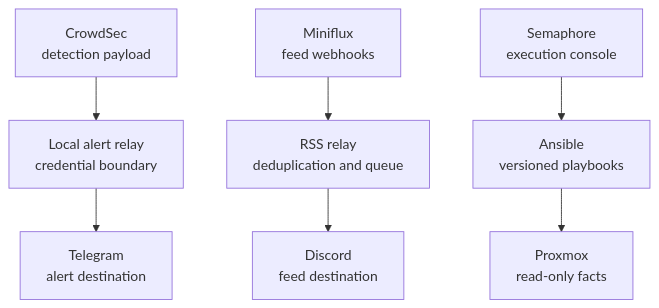
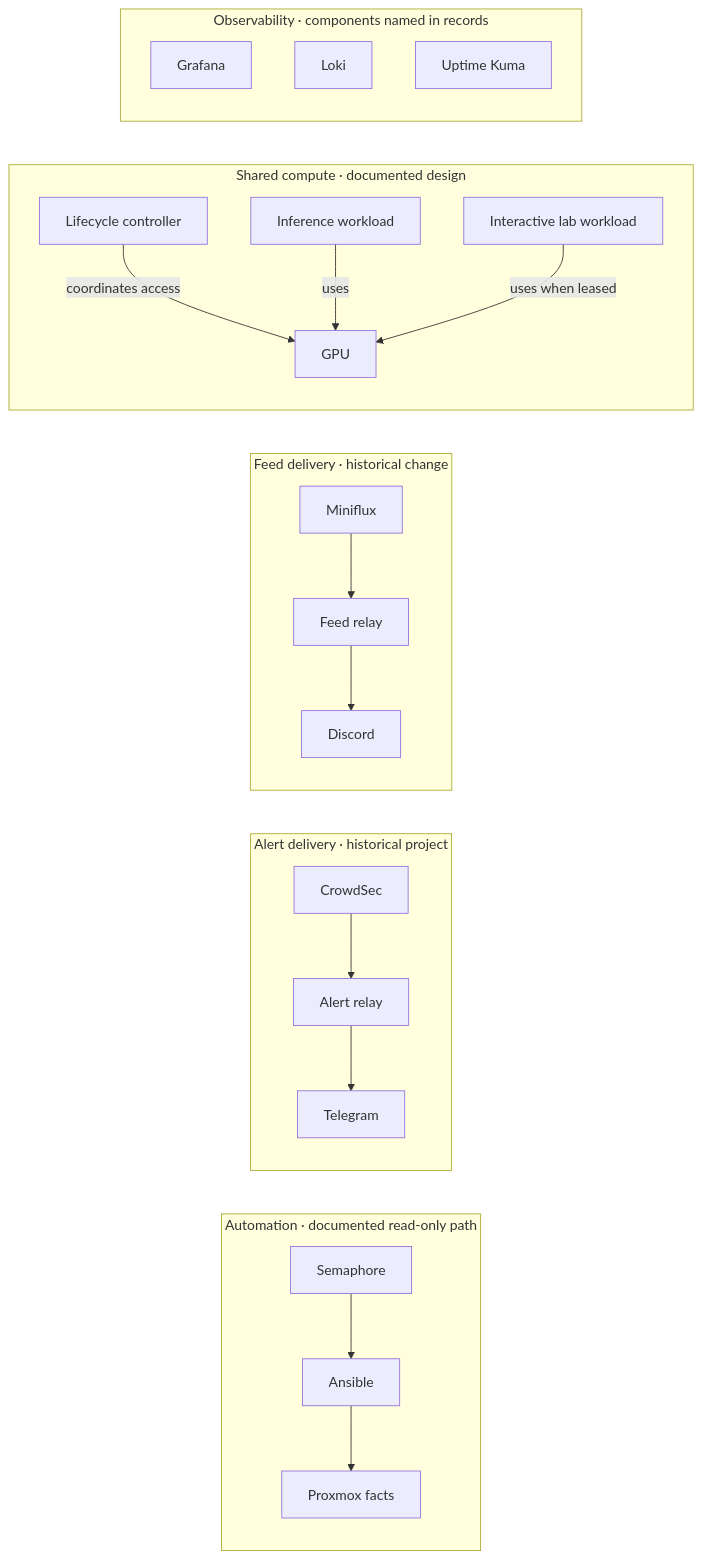
Before and after one commit to AndersonTavares0/homelab-portfolio: the diagram in README.md, drawn with Mermaid. The commit also changed other lines of this file and 77 other files, not shown here.

````diff
--- a/README.md
+++ b/README.md
@@ -46,9 +21,26 @@
 ```mermaid
-flowchart TB
-  CrowdSec["CrowdSec<br/>detection payload"] --> AlertRelay["Local alert relay<br/>credential boundary"]
-  AlertRelay --> Telegram["Telegram<br/>alert destination"]
-  Miniflux["Miniflux<br/>feed webhooks"] --> RSSRelay["RSS relay<br/>deduplication and queue"]
-  RSSRelay --> Discord["Discord<br/>feed destination"]
-  Semaphore["Semaphore<br/>execution console"] --> Ansible["Ansible<br/>versioned playbooks"]
-  Ansible --> Proxmox["Proxmox<br/>read-only facts"]
+flowchart LR
+    subgraph automation["Automation · documented read-only path"]
+        semaphore["Semaphore"] --> ansible["Ansible"] --> proxmox["Proxmox facts"]
+    end
+
+    subgraph alerts["Alert delivery · historical project"]
+        crowdsec["CrowdSec"] --> relay["Alert relay"] --> telegram["Telegram"]
+    end
+
+    subgraph feeds["Feed delivery · historical change"]
+        miniflux["Miniflux"] --> rss["Feed relay"] --> discord["Discord"]
+    end
+
+    subgraph gpu["Shared compute · documented design"]
+        controller["Lifecycle controller"] -->|coordinates access| device["GPU"]
+        inference["Inference workload"] -->|uses| device
+        lab["Interactive lab workload"] -->|uses when leased| device
+    end
+
+    subgraph observability["Observability · components named in records"]
+        grafana["Grafana"]
+        loki["Loki"]
+        kuma["Uptime Kuma"]
+    end
 ```
````
